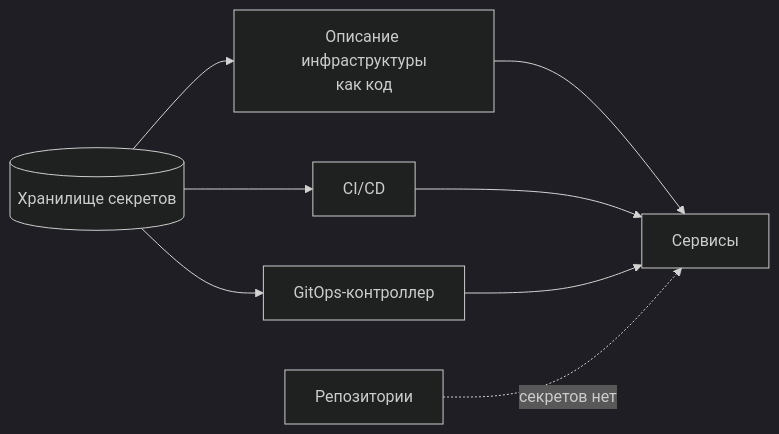
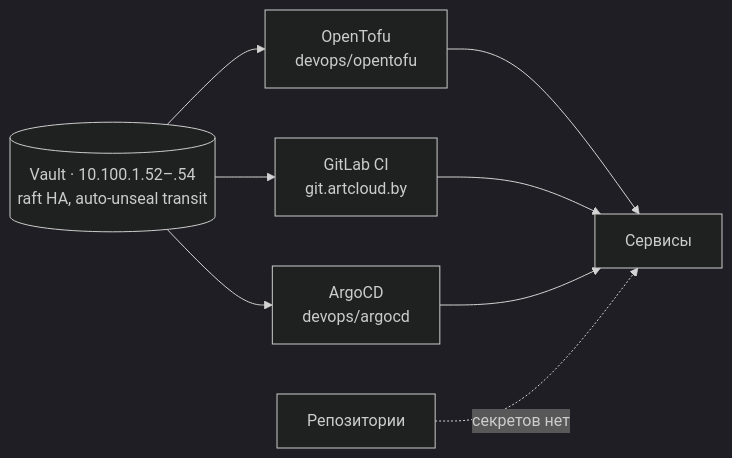
One commit to ZubikIT/ai-architect changed the third of 3 diagrams in zubriq-platform/docs/diagrams/data-flow.md. Above: the diagram before and after it, drawn with Mermaid (dark theme). The commit also changed other lines of this file and 8 other files, not shown here.

````diff
--- a/zubriq-platform/docs/diagrams/data-flow.md
+++ b/zubriq-platform/docs/diagrams/data-flow.md
@@ -53,17 +53,17 @@
 ```mermaid
 flowchart LR
-  vault[("Хранилище секретов")]
-  tofu["Описание инфраструктуры<br/>как код"]
-  ci["CI/CD"]
-  argo["GitOps-контроллер"]
+  vault[("Vault · 10.100.1.52–.54<br/>raft HA, auto-unseal transit")]
+  tofu["OpenTofu<br/>devops/opentofu"]
+  ci["GitLab CI<br/>git.artcloud.by"]
+  argo["ArgoCD<br/>devops/argocd"]
   app["Сервисы"]
 
   vault --> tofu
   vault --> ci
   vault --> argo
   tofu --> app
   ci --> app
   argo --> app
 
   repo["Репозитории"] -.->|"секретов нет"| app
 ```
````
